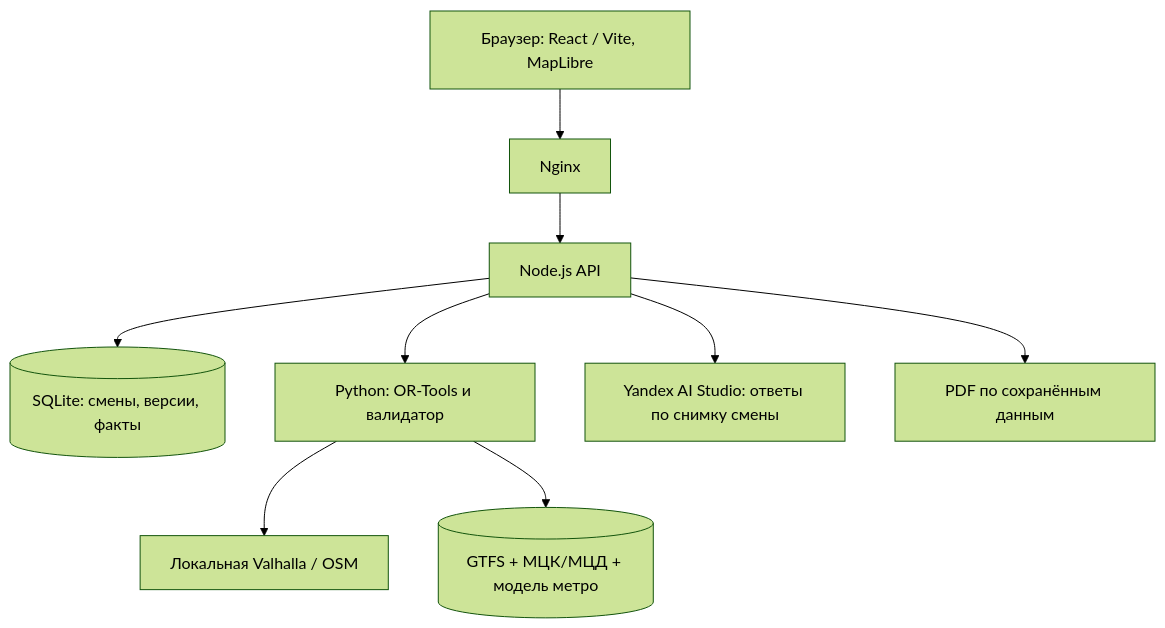
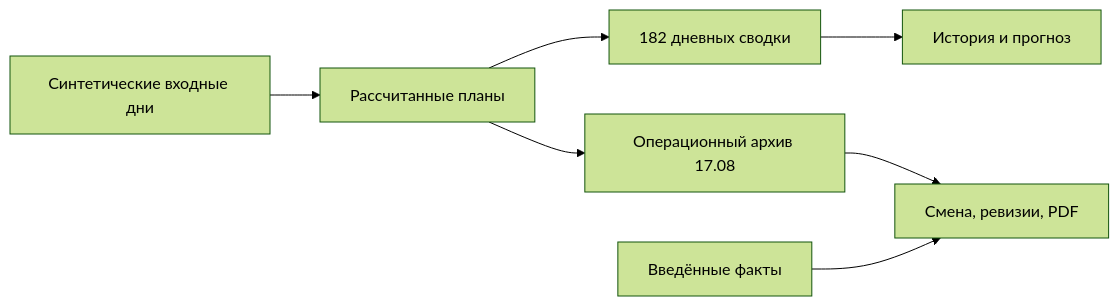
The sixth of 6 diagrams in README.md (R2NN/scaszc), drawn with Mermaid (forest theme) before and after one commit. The commit also changed other lines of this file and 44 other files, not shown here.

Commit message:
docs: explain product decisions and verified architecture

````diff
--- a/README.md
+++ b/README.md
@@ -132,11 +289,9 @@
 ```mermaid
-flowchart TB
-  U[Браузер: React / Vite, MapLibre] --> N[Nginx]
-  N --> A[Node.js API]
-  A --> S[(SQLite: смены, версии, факты)]
-  A --> P[Python: OR-Tools и валидатор]
-  P --> V[Локальная Valhalla / OSM]
-  P --> T[(GTFS + МЦК/МЦД + модель метро)]
-  A --> Y[Yandex AI Studio: ответы по снимку смены]
-  A --> R[PDF по сохранённым данным]
+flowchart LR
+  I[Синтетические входные дни] --> P[Рассчитанные планы]
+  P --> H[182 дневных сводки]
+  H --> A[История и прогноз]
+  P --> O[Операционный архив 17.08]
+  O --> S[Смена, ревизии, PDF]
+  F[Введённые факты] --> S
 ```
````
